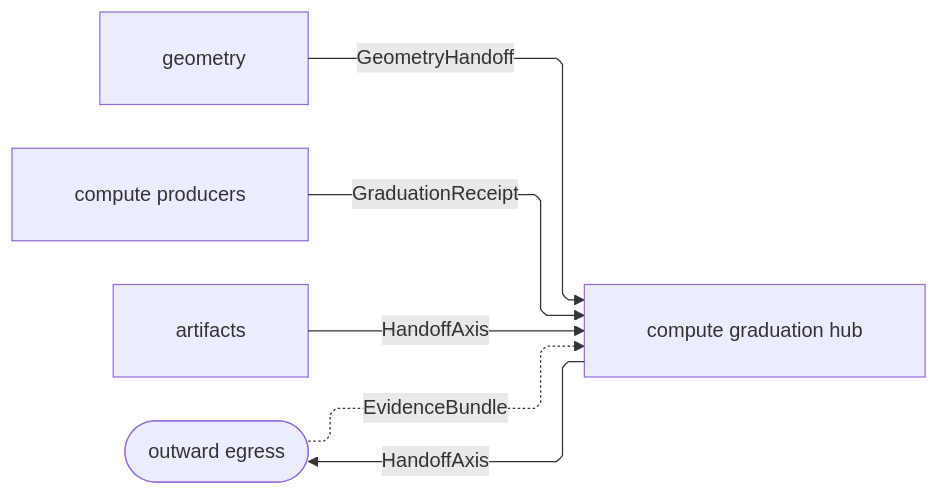
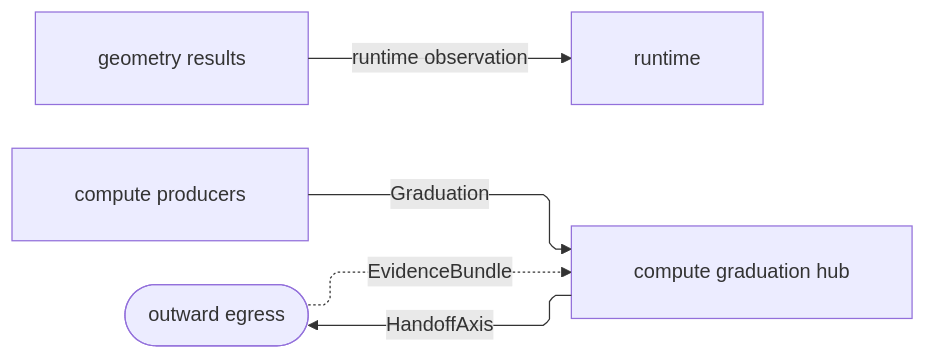
The third of 4 diagrams in libs/python/.planning/ARCHITECTURE.md (bsamiee/Rasm), drawn with Mermaid before and after one commit. The commit also changed other lines of this file and 1417 other files, not shown here.

````diff
--- a/libs/python/.planning/ARCHITECTURE.md
+++ b/libs/python/.planning/ARCHITECTURE.md
@@ -140,17 +135,16 @@
 ```mermaid
 ---
 config:
   layout: elk
   flowchart:
     curve: linear
     padding: 25
 ---
 flowchart LR
     accTitle: Python branch graduation spine
-    accDescr: Producers fold evidence onto the compute graduation hub; one handoff axis crosses outward, the reverse envelope returns as dashed wire.
-    Geometry[geometry] e1@-->|"GeometryHandoff"| Hub[compute graduation hub]
-    Producers[compute producers] e2@-->|"GraduationReceipt"| Hub
-    Artifacts[artifacts] e3@-->|"HandoffAxis"| Hub
+    accDescr: Compute output crosses one handoff axis, reverse evidence returns to the same owner, and geometry remains on its canonical results.
+    Geometry[geometry results] e1@-->|"runtime observation"| Runtime[runtime]
+    Producers[compute producers] e2@-->|"Graduation"| Hub[compute graduation hub]
     Hub e4@-->|"HandoffAxis"| Egress([outward egress])
     Egress e5@-.->|"EvidenceBundle"| Hub
 ```
````
